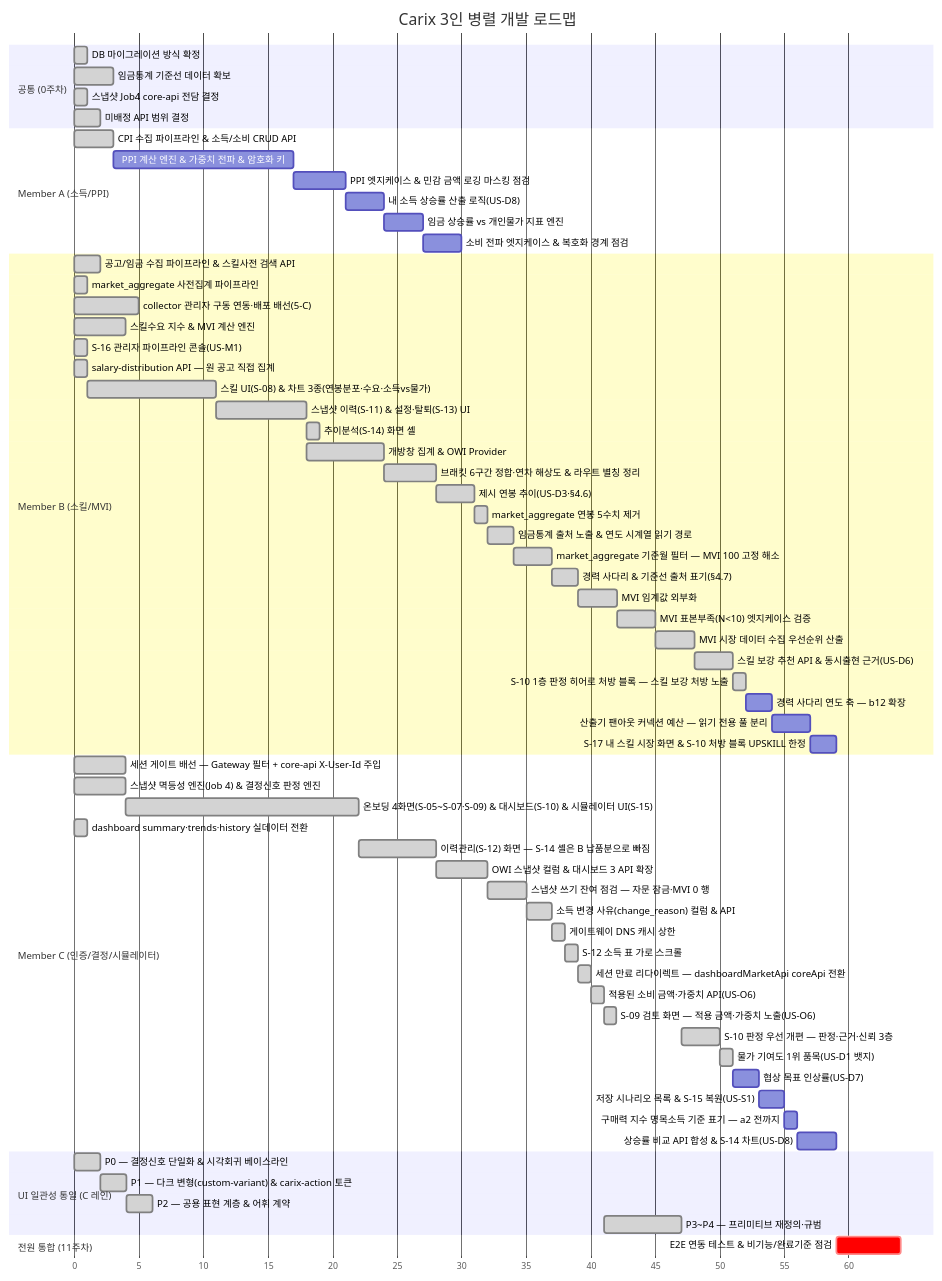
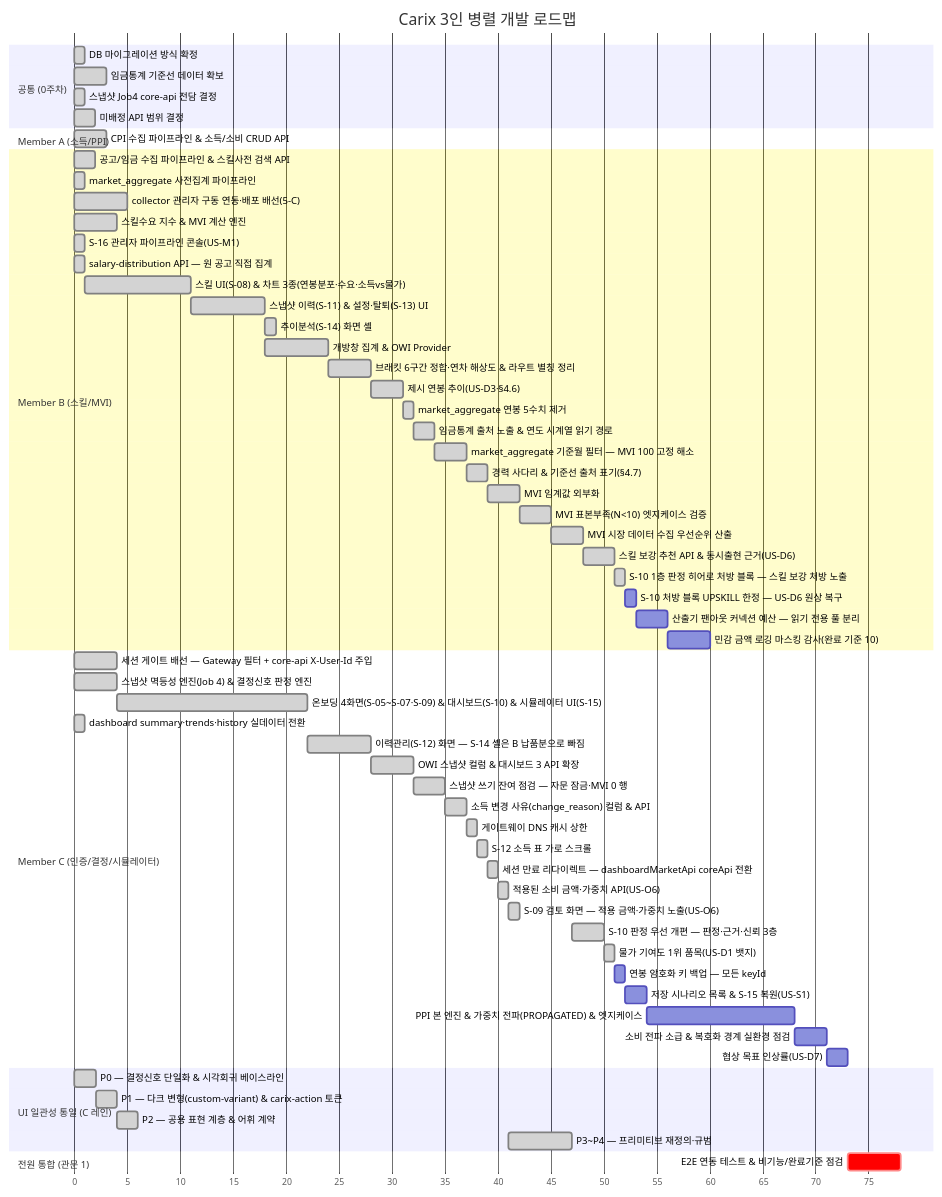
Before and after one commit to SeoHyeokGyu/Carix: the first of 2 diagrams in docs/plans/carix-dev-plan.md, drawn with Mermaid. The commit also changed other lines of this file and 2 other files, not shown here.

````diff
--- a/docs/plans/carix-dev-plan.md
+++ b/docs/plans/carix-dev-plan.md
@@ -89,70 +91,66 @@
 ```mermaid
 gantt
     title Carix 3인 병렬 개발 로드맵
     dateFormat X
     axisFormat %s
     section 공통 (0주차)
     DB 마이그레이션 방식 확정 :done, c0a, 0, 1s
     임금통계 기준선 데이터 확보 :done, a0, 3, 3s
     스냅샷 Job4 core-api 전담 결정 :done, i0, 7, 1s
     미배정 API 범위 결정 :done, c0, 7, 2s
     section Member A (소득/PPI)
     CPI 수집 파이프라인 & 소득/소비 CRUD API :done, a1, 12, 3s
-    PPI 계산 엔진 & 가중치 전파 & 암호화 키 :a2, after a1, 14s
-    PPI 엣지케이스 & 민감 금액 로깅 마스킹 점검 :a7, after a2, 4s
-    내 소득 상승률 산출 로직(US-D8) :a9, after a7, 3s
-    임금 상승률 vs 개인물가 지표 엔진 :a10, after a9, 3s
-    소비 전파 엣지케이스 & 복호화 경계 점검 :a12, after a10, 3s
     section Member B (스킬/MVI)
     공고/임금 수집 파이프라인 & 스킬사전 검색 API :done, b1, 2, 2s
     market_aggregate 사전집계 파이프라인 :done, b2a, 3, 1s
     collector 관리자 구동 연동·배포 배선(5-C) :done, b0, 7, 5s
     스킬수요 지수 & MVI 계산 엔진 :done, b2, 8, 4s
     S-16 관리자 파이프라인 콘솔(US-M1) :done, b16, 14, 1s
     salary-distribution API — 원 공고 직접 집계 :done, b3a, 15, 1s
     스킬 UI(S-08) & 차트 3종(연봉분포·수요·소득vs물가) :done, b3, after b3a, 10s
     스냅샷 이력(S-11) & 설정·탈퇴(S-13) UI :done, b4, after b3, 7s
     추이분석(S-14) 화면 셸 :done, b4a, after b4, 1s
     개방창 집계 & OWI Provider :done, b6, after b4, 6s
     브래킷 6구간 정합·연차 해상도 & 라우트 별칭 정리 :done, b7, after b6, 4s
     제시 연봉 추이(US-D3·§4.6) :done, b10, after b7, 3s
     market_aggregate 연봉 5수치 제거 :done, b11, after b10, 1s
     임금통계 출처 노출 & 연도 시계열 읽기 경로 :done, b13, after b11, 2s
     market_aggregate 기준월 필터 — MVI 100 고정 해소 :done, b18, after b13, 3s
     경력 사다리 & 기준선 출처 표기(§4.7) :done, b12, after b18, 2s
     MVI 임계값 외부화 :done, b8, after b12, 3s
     MVI 표본부족(N<10) 엣지케이스 검증 :done, b8a, after b8, 3s
     MVI 시장 데이터 수집 우선순위 산출 :done, b8b, after b8a, 3s
     스킬 보강 추천 API & 동시출현 근거(US-D6) :done, b9, after b8b, 3s
     S-10 1층 판정 히어로 처방 블록 — 스킬 보강 처방 노출 :done, b15, after b9, 1s
-    경력 사다리 연도 축 — b12 확장 :b14, after b15, 2s
-    산출기 팬아웃 커넥션 예산 — 읽기 전용 풀 분리 :b17, after b14, 3s
-    S-17 내 스킬 시장 화면 & S-10 처방 블록 UPSKILL 한정 :b19, after b17, 2s
+    S-10 처방 블록 UPSKILL 한정 — US-D6 원상 복구 :b20, after b15, 1s
+    산출기 팬아웃 커넥션 예산 — 읽기 전용 풀 분리 :b17, after b20, 3s
+    민감 금액 로깅 마스킹 감사(완료 기준 10) :a7, after b17, 4s
     section Member C (인증/결정/시뮬레이터)
     세션 게이트 배선 — Gateway 필터 + core-api X-User-Id 주입 :done, c0b, 7, 4s
     스냅샷 멱등성 엔진(Job 4) & 결정신호 판정 엔진 :done, c2, 8, 4s
     온보딩 4화면(S-05~S-07·S-09) & 대시보드(S-10) & 시뮬레이터 UI(S-15) :done, c3, after c2, 18s
     dashboard summary·trends·history 실데이터 전환 :done, c4a, 15, 1s
     이력관리(S-12) 화면 — S-14 셸은 B 납품분으로 빠짐 :done, c4, after c3, 6s
     OWI 스냅샷 컬럼 & 대시보드 3 API 확장 :done, c6, after c4, 4s
     스냅샷 쓰기 잔여 점검 — 자문 잠금·MVI 0 행 :done, c5, after c6, 3s
     소득 변경 사유(change_reason) 컬럼 & API :done, c10, after c5, 2s
     게이트웨이 DNS 캐시 상한 :done, c7, after c10, 1s
     S-12 소득 표 가로 스크롤 :done, c13, after c7, 1s
     세션 만료 리다이렉트 — dashboardMarketApi coreApi 전환 :done, c16, after c13, 1s
     적용된 소비 금액·가중치 API(US-O6) :done, c11, after c16, 1s
     S-09 검토 화면 — 적용 금액·가중치 노출(US-O6) :done, c17, after c11, 1s
     S-10 판정 우선 개편 — 판정·근거·신뢰 3층 :done, c15, after ui3, 3s
     물가 기여도 1위 품목(US-D1 뱃지) :done, c12, after c15, 1s
-    협상 목표 인상률(US-D7) :c8, after c12, 2s
-    저장 시나리오 목록 & S-15 복원(US-S1) :c9, after c8, 2s
-    구매력 지수 명목소득 기준 표기 — a2 전까지 :c18, after c9, 1s
-    상승률 비교 API 합성 & S-14 차트(US-D8) :c14, after c18 a9 a10 b13, 3s
+    연봉 암호화 키 백업 — 모든 keyId :c19, after c12, 1s
+    저장 시나리오 목록 & S-15 복원(US-S1) :c9, after c19, 2s
+    PPI 본 엔진 & 가중치 전파(PROPAGATED) & 엣지케이스 :a2, after c9, 14s
+    소비 전파 소급 & 복호화 경계 실환경 점검 :a12, after a2, 3s
+    협상 목표 인상률(US-D7) :c8, after a12, 2s
     section UI 일관성 통일 (C 레인)
     P0 — 결정신호 단일화 & 시각회귀 베이스라인 :done, ui0, 33, 2s
     P1 — 다크 변형(custom-variant) & carix-action 토큰 :done, ui1, after ui0, 2s
     P2 — 공용 표현 계층 & 어휘 계약 :done, ui2, after ui1, 2s
     P3~P4 — 프리미티브 재정의·규범 :done, ui3, after c11, 6s
-    section 전원 통합 (11주차)
-    E2E 연동 테스트 & 비기능/완료기준 점검 :crit, e2e, after a12 b19 c14, 5s
+    section 전원 통합 (관문 1)
+    E2E 연동 테스트 & 비기능/완료기준 점검 :crit, e2e, after a7 c8, 5s
 ```
````
